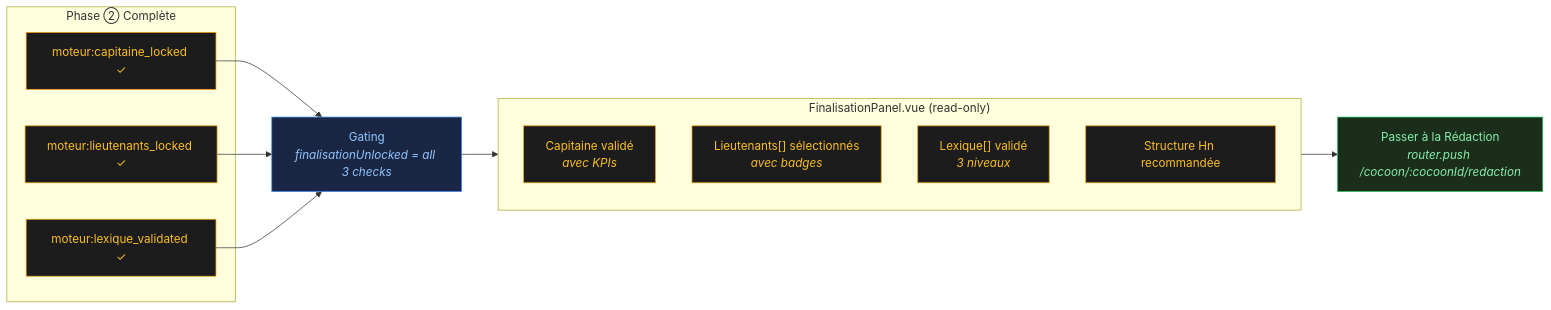
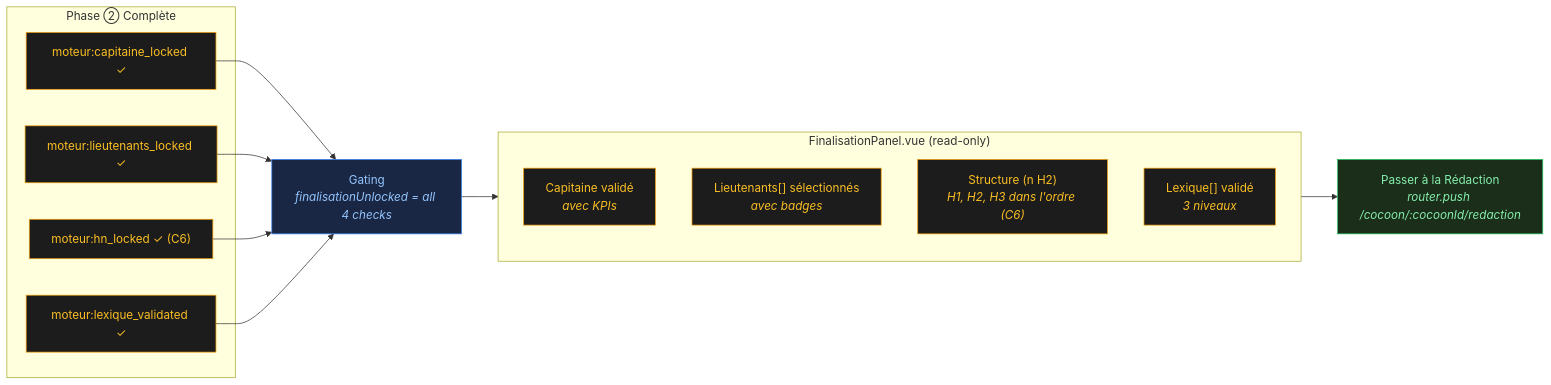
Before and after one commit to annubis-knight/Blog_Redactor_SEO: the eighth of 15 diagrams in docs/moteur-data-flow.md, drawn with Mermaid. The commit also changed other lines of this file and 11 other files, not shown here.

````diff
--- a/docs/moteur-data-flow.md
+++ b/docs/moteur-data-flow.md
@@ -411,30 +463,32 @@
 ```mermaid
 flowchart LR
   classDef gate fill:#1a2744,stroke:#3b82f6,color:#93c5fd
   classDef data fill:#1c1c1c,stroke:#f59e0b,color:#fbbf24
   classDef link fill:#1a2e1a,stroke:#22c55e,color:#86efac
 
   subgraph P2_DONE["Phase ② Complète"]
     CH1["moteur:capitaine_locked ✓"]:::data
     CH2["moteur:lieutenants_locked ✓"]:::data
+    CH4["moteur:hn_locked ✓ (C6)"]:::data
     CH3["moteur:lexique_validated ✓"]:::data
   end
 
-  GATE["Gating<br/><i>finalisationUnlocked = all 3 checks</i>"]:::gate
+  GATE["Gating<br/><i>finalisationUnlocked = all 4 checks</i>"]:::gate
 
   subgraph FINAL["FinalisationPanel.vue (read-only)"]
     direction TB
     R1["Capitaine validé<br/><i>avec KPIs</i>"]:::data
     R2["Lieutenants[] sélectionnés<br/><i>avec badges</i>"]:::data
+    R4["Structure (n H2)<br/><i>H1, H2, H3 dans l'ordre (C6)</i>"]:::data
     R3["Lexique[] validé<br/><i>3 niveaux</i>"]:::data
-    R4["Structure Hn recommandée"]:::data
   end
 
   LINK["Passer à la Rédaction<br/><i>router.push /cocoon/:cocoonId/redaction</i>"]:::link
 
   CH1 --> GATE
   CH2 --> GATE
+  CH4 --> GATE
   CH3 --> GATE
   GATE --> FINAL
   FINAL --> LINK
 ```
````
